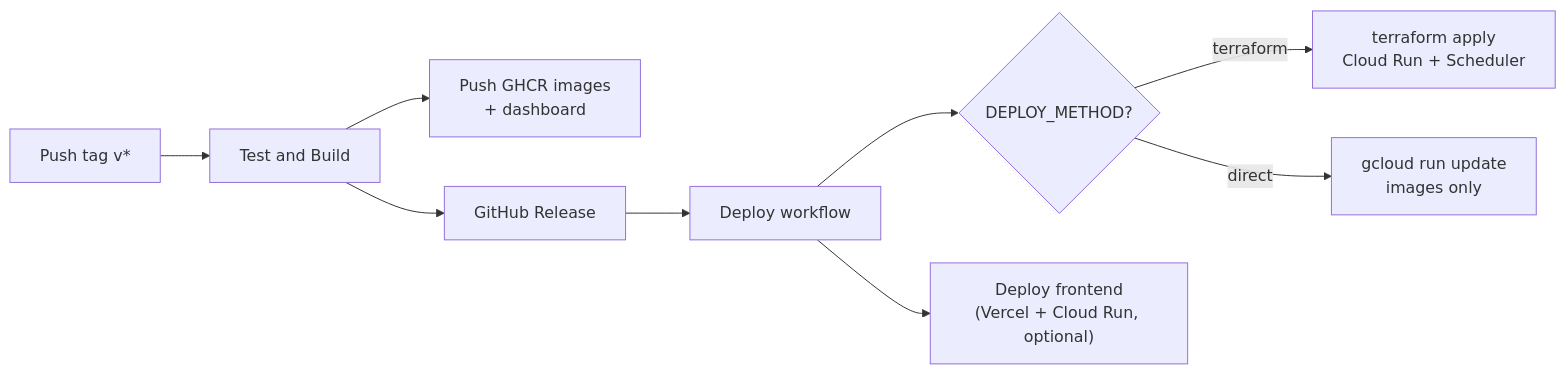
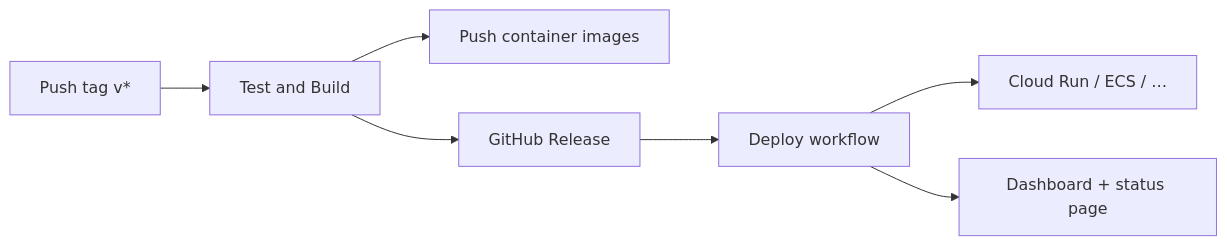
Before and after one commit to aeswibon/manga-cdc: the third of 3 diagrams in README.md, drawn with Mermaid. The commit also changed other lines of this file and 1 other file, not shown here.

First line of the commit message:
Modernize README with roadmap, status badges, and MIT license.

````diff
--- a/README.md
+++ b/README.md
@@ -403,11 +301,9 @@
 ```mermaid
 flowchart LR
     Tag["Push tag v*"] --> CI["Test and Build"]
-    CI --> GHCR["Push GHCR images\n+ dashboard"]
-    CI --> Release["GitHub Release"]
-    Release --> Deploy["Deploy workflow"]
-    Deploy --> TF{"DEPLOY_METHOD?"}
-    TF -->|terraform| Apply["terraform apply\nCloud Run + Scheduler"]
-    TF -->|direct| Update["gcloud run update\nimages only"]
-    Deploy --> Status["Deploy frontend\n(Vercel + Cloud Run, optional)"]
+    CI --> GHCR["Push container images"]
+    CI --> Rel["GitHub Release"]
+    Rel --> Deploy["Deploy workflow"]
+    Deploy --> Cloud["Cloud Run / ECS / …"]
+    Deploy --> Vercel["Dashboard + status page"]
 ```
````
